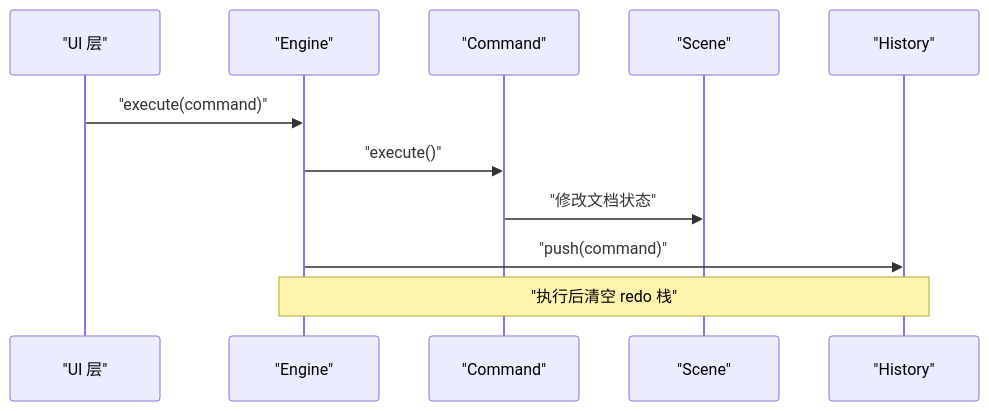
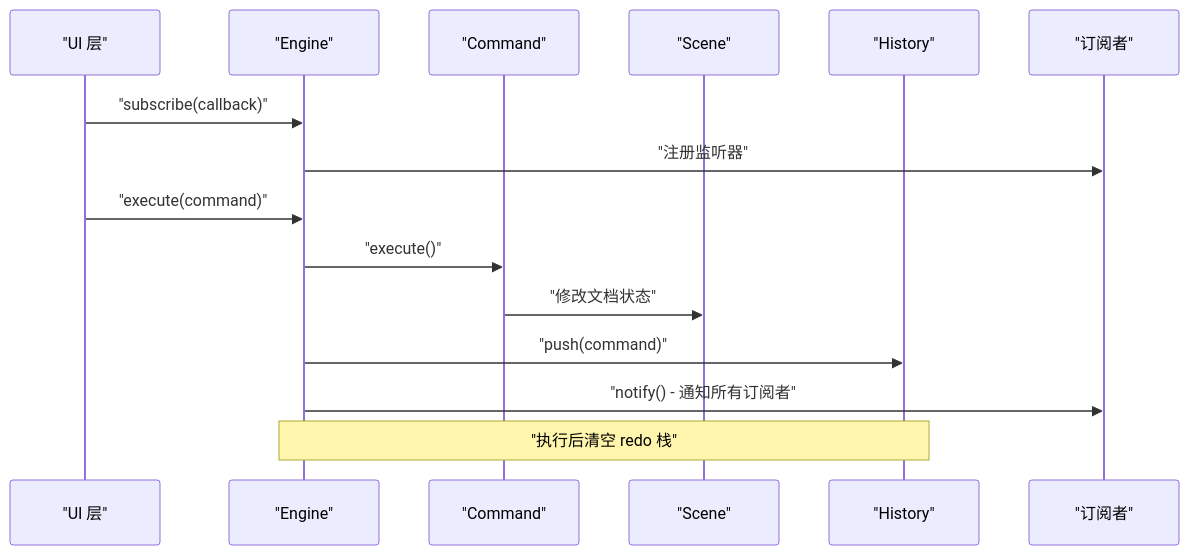
The second of 7 diagrams in .qoder/repowiki/zh/content/引擎系统/引擎系统.md (Anna0314zy/ai_editor_enginer), drawn with Mermaid before and after one commit. The commit also changed other lines of this file and 7 other files, not shown here.

````diff
--- a/.qoder/repowiki/zh/content/引擎系统/引擎系统.md
+++ b/.qoder/repowiki/zh/content/引擎系统/引擎系统.md
@@ -138,13 +141,17 @@
 ```mermaid
 sequenceDiagram
 participant UI as "UI 层"
 participant Engine as "Engine"
 participant Cmd as "Command"
 participant Scene as "Scene"
 participant Hist as "History"
+participant Subscribers as "订阅者"
+UI->>Engine : "subscribe(callback)"
+Engine->>Subscribers : "注册监听器"
 UI->>Engine : "execute(command)"
 Engine->>Cmd : "execute()"
 Cmd->>Scene : "修改文档状态"
 Engine->>Hist : "push(command)"
+Engine->>Subscribers : "notify() - 通知所有订阅者"
 Note over Engine,Hist : "执行后清空 redo 栈"
 ```
````
